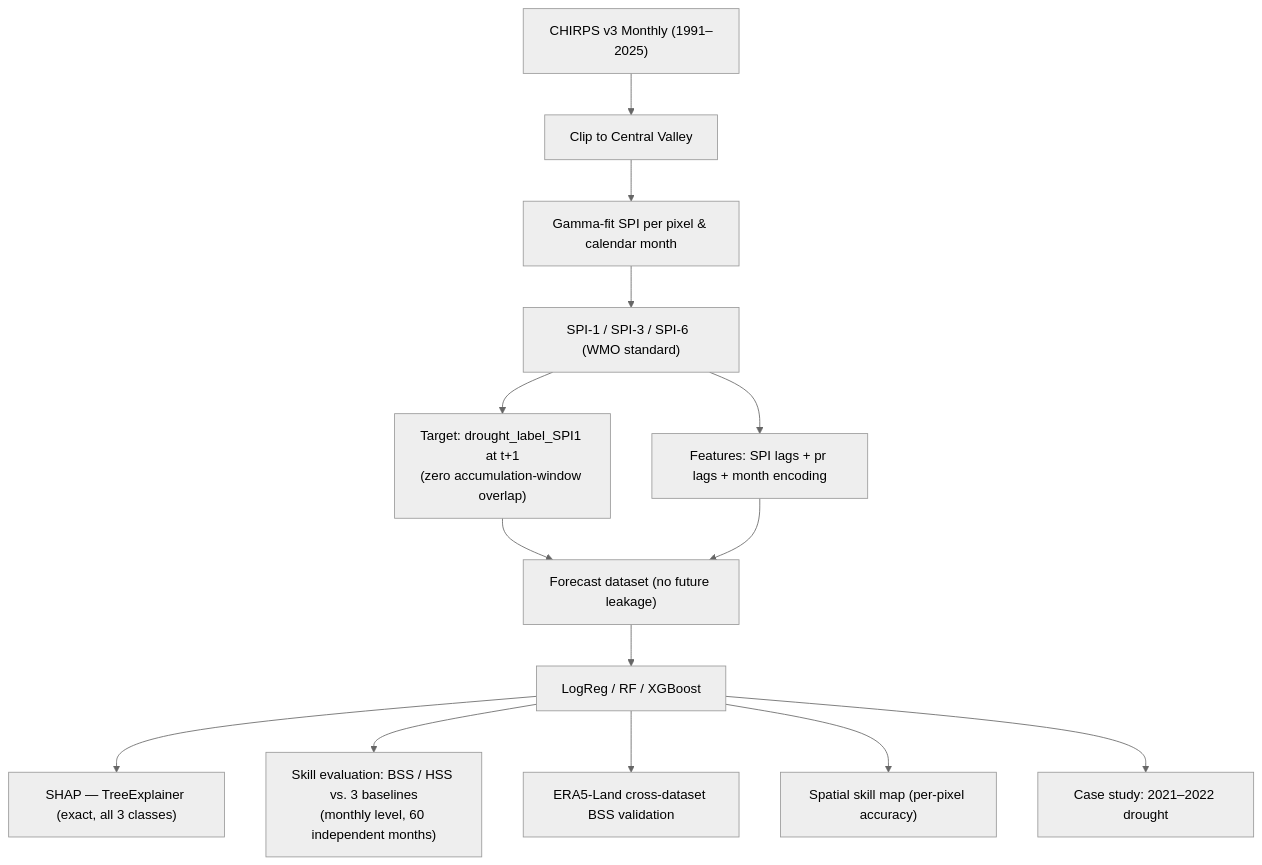
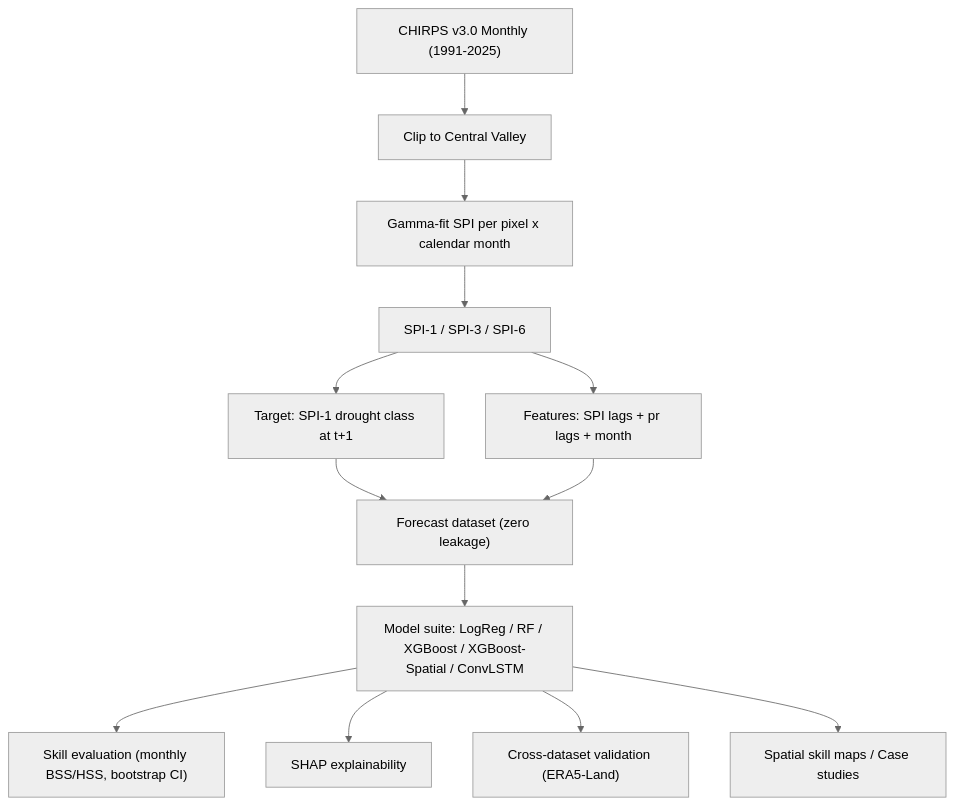
The diagram in README.md (Ishtiaque-h/chirps-drought-classifier), drawn with Mermaid (neutral theme) before and after one commit. The commit also changed other lines of this file and 1 other file, not shown here.

````diff
--- a/README.md
+++ b/README.md
@@ -234,16 +26,15 @@
 ```mermaid
 graph TD;
-    A["CHIRPS v3 Monthly (1991–2025)"] --> B["Clip to Central Valley"];
-    B --> C["Gamma-fit SPI per pixel & calendar month"];
-    C --> D["SPI-1 / SPI-3 / SPI-6  (WMO standard)"];
-    D --> E["Target: drought_label_SPI1 at t+1<br/>(zero accumulation-window overlap)"];
-    D --> F["Features: SPI lags + pr lags + month encoding"];
-    E --> G["Forecast dataset (no future leakage)"];
+    A["CHIRPS v3.0 Monthly (1991-2025)"] --> B["Clip to Central Valley"];
+    B --> C["Gamma-fit SPI per pixel x calendar month"];
+    C --> D["SPI-1 / SPI-3 / SPI-6"];
+    D --> E["Target: SPI-1 drought class at t+1"];
+    D --> F["Features: SPI lags + pr lags + month"];
+    E --> G["Forecast dataset (zero leakage)"];
     F --> G;
-    G --> H["LogReg / RF / XGBoost"];
-    H --> I["SHAP — TreeExplainer (exact, all 3 classes)"];
-    H --> J["Skill evaluation: BSS / HSS vs. 3 baselines<br/>(monthly level, 60 independent months)"];
-    H --> K["ERA5-Land cross-dataset BSS validation"];
-    H --> L["Spatial skill map (per-pixel accuracy)"];
-    H --> M["Case study: 2021–2022 drought"];
+    G --> H["Model suite: LogReg / RF / XGBoost / XGBoost-Spatial / ConvLSTM"];
+    H --> I["Skill evaluation (monthly BSS/HSS, bootstrap CI)"];
+    H --> J["SHAP explainability"];
+    H --> K["Cross-dataset validation (ERA5-Land)"];
+    H --> L["Spatial skill maps / Case studies"];
 ```
````
